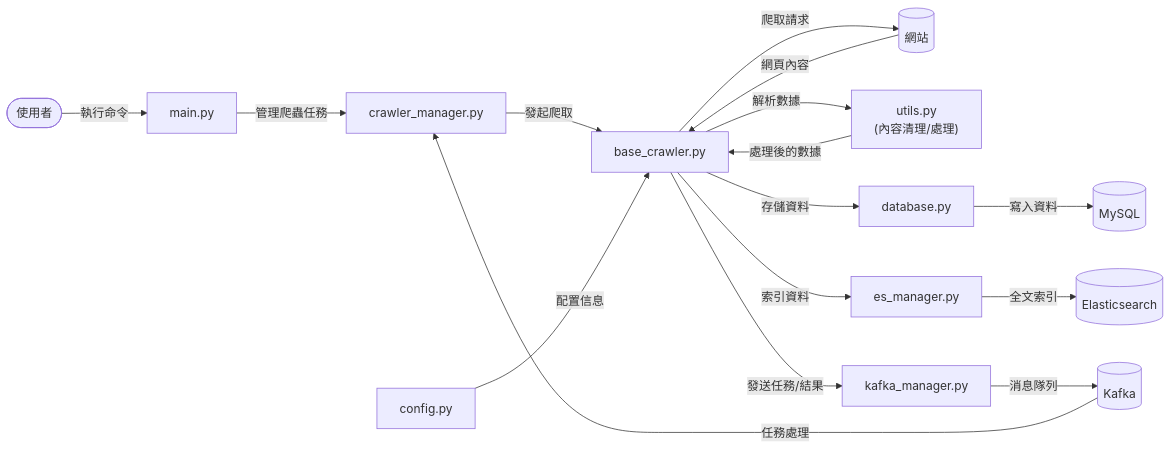
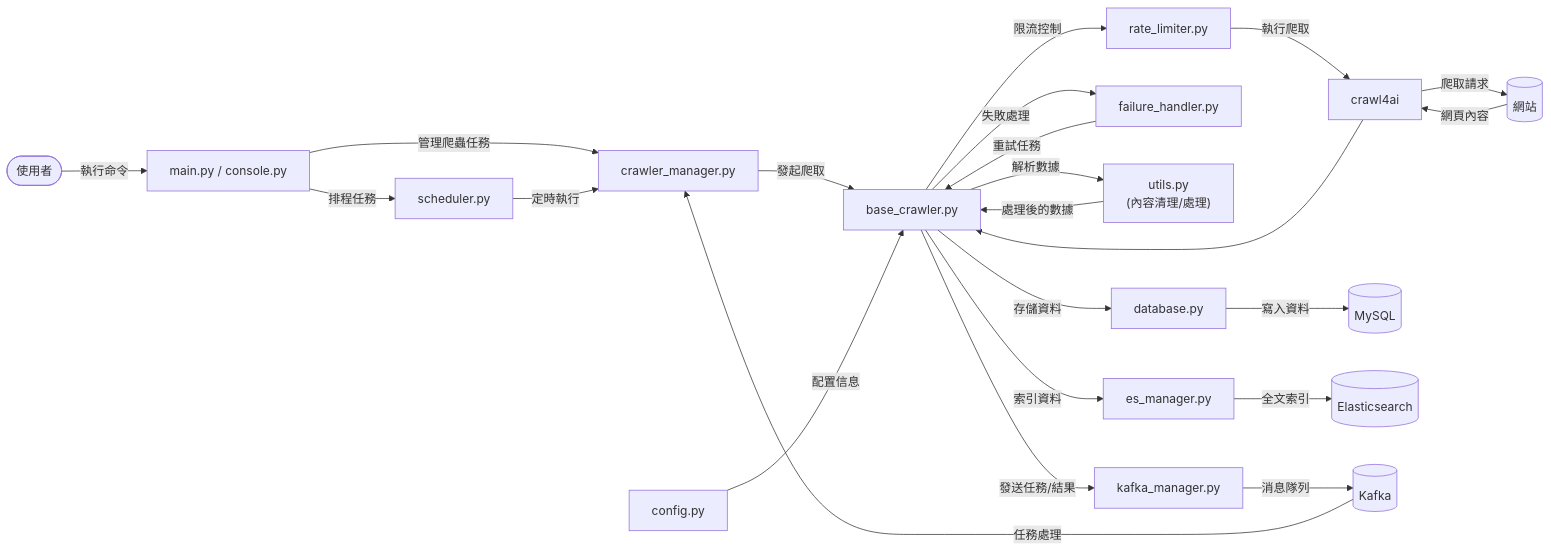
Before and after one commit to coltoreg/crawl: the second of 2 diagrams in README.md, drawn with Mermaid. The commit also changed other lines of this file, not shown here.

````diff
--- a/README.md
+++ b/README.md
@@ -229,24 +353,33 @@
 ```mermaid
 flowchart LR
-    User([使用者]) --> |執行命令| Main["main.py"]
+    User([使用者]) --> |執行命令| Main["main.py / console.py"]
+    Main --> |排程任務| Scheduler["scheduler.py"]
     Main --> |管理爬蟲任務| CrawlerManager["crawler_manager.py"]
     
+    Scheduler --> |定時執行| CrawlerManager
+    
     CrawlerManager --> |發起爬取| BaseCrawler["base_crawler.py"]
-    BaseCrawler --> |爬取請求| WebSites[(網站)]
-    WebSites --> |網頁內容| BaseCrawler
+    BaseCrawler --> |限流控制| RateLimiter["rate_limiter.py"]
+    RateLimiter --> |執行爬取| Crawl4AI["crawl4ai"]
+    Crawl4AI --> |爬取請求| WebSites[(網站)]
+    WebSites --> |網頁內容| Crawl4AI
+    Crawl4AI --> BaseCrawler
+    
+    BaseCrawler --> |失敗處理| FailureHandler["failure_handler.py"]
+    FailureHandler --> |重試任務| BaseCrawler
     
     BaseCrawler --> |解析數據| Utils["utils.py\n(內容清理/處理)"]
     Utils --> |處理後的數據| BaseCrawler
     
     BaseCrawler --> |存儲資料| Database["database.py"]
     Database --> |寫入資料| MySQL[(MySQL)]
     
     BaseCrawler --> |索引資料| ESManager["es_manager.py"]
     ESManager --> |全文索引| Elasticsearch[(Elasticsearch)]
     
     BaseCrawler --> |發送任務/結果| KafkaManager["kafka_manager.py"]
     KafkaManager --> |消息隊列| Kafka[(Kafka)]
     Kafka --> |任務處理| CrawlerManager
     
     Config["config.py"] --> |配置信息| BaseCrawler
 ```
````
